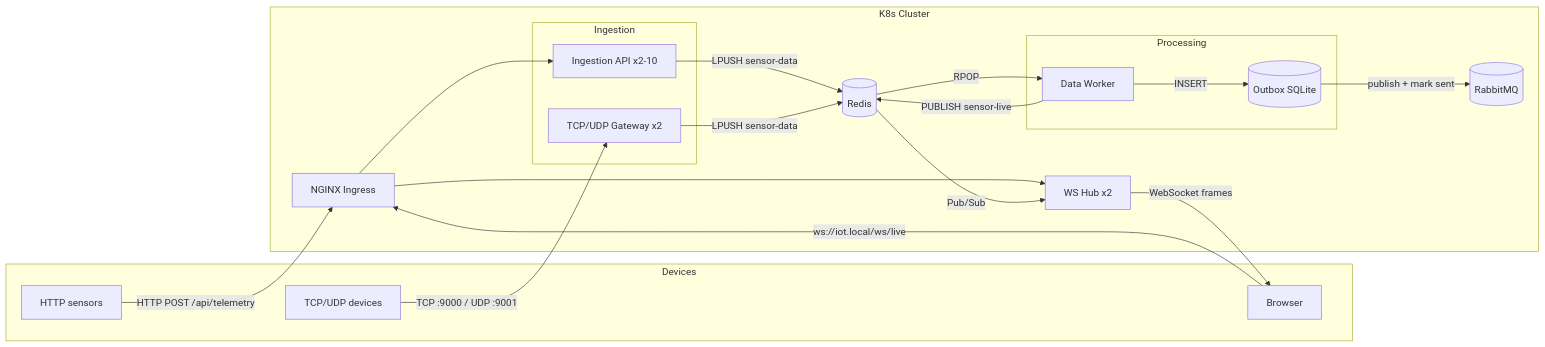
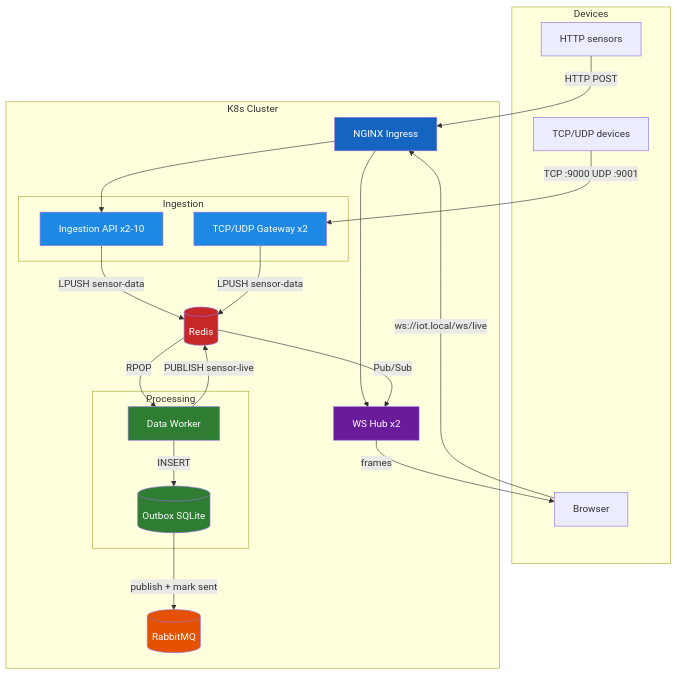
The diagram in README.md (MikolajKocik/IoT-Telemetry-Pipeline), drawn with Mermaid before and after one commit.

Commit message:
Update: graph

````diff
--- a/README.md
+++ b/README.md
@@ -27,44 +27,53 @@
 ```mermaid
-graph LR
+graph TD
     subgraph Devices
         A1[HTTP sensors]
         A2[TCP/UDP devices]
         A3[Browser]
     end
 
     subgraph K8s Cluster
         NG[NGINX Ingress]
 
         subgraph Ingestion
             API[Ingestion API x2-10]
             GW[TCP/UDP Gateway x2]
         end
 
         R[(Redis)]
 
         subgraph Processing
             W[Data Worker]
             OB[(Outbox SQLite)]
         end
 
         MQ[(RabbitMQ)]
         WS[WS Hub x2]
     end
 
-    A1 -->|HTTP POST /api/telemetry| NG
-    A2 -->|TCP :9000 / UDP :9001| GW
+    A1 -->|HTTP POST| NG
+    A2 -->|TCP :9000 UDP :9001| GW
     A3 -->|ws://iot.local/ws/live| NG
 
     NG --> API
     NG --> WS
 
     API -->|LPUSH sensor-data| R
     GW -->|LPUSH sensor-data| R
 
     R -->|RPOP| W
     W -->|INSERT| OB
     OB -->|publish + mark sent| MQ
     W -->|PUBLISH sensor-live| R
     R -->|Pub/Sub| WS
-    WS -->|WebSocket frames| A3
+    WS -->|frames| A3
+
+    style NG fill:#1565c0,color:#fff
+    style API fill:#1e88e5,color:#fff
+    style GW fill:#1e88e5,color:#fff
+    style R  fill:#c62828,color:#fff
+    style W  fill:#2e7d32,color:#fff
+    style OB fill:#2e7d32,color:#fff
+    style MQ fill:#e65100,color:#fff
+    style WS fill:#6a1b9a,color:#fff
 ```
````
